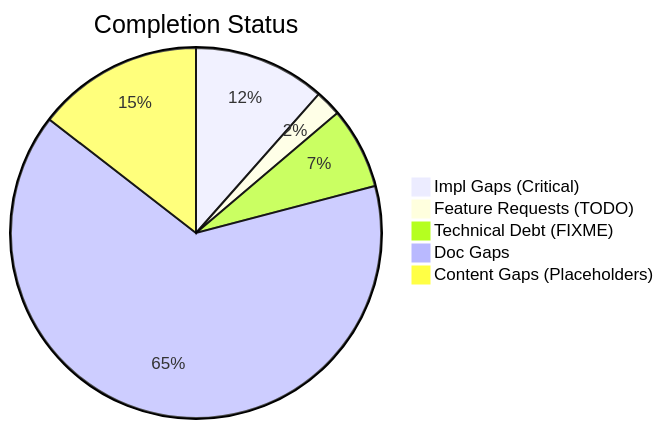
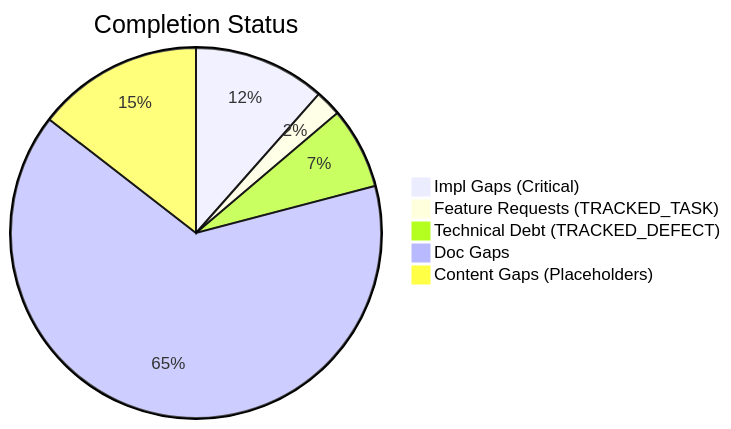
Before and after one commit to D-sorganization/AffineDrift: the first of 2 diagrams in docs/assessments/completist/Completist_Report_2026-03-08.md, drawn with Mermaid. The commit also changed other lines of this file and 28 other files, not shown here.

````diff
--- a/docs/assessments/completist/Completist_Report_2026-03-08.md
+++ b/docs/assessments/completist/Completist_Report_2026-03-08.md
@@ -12,8 +12,8 @@
 ```mermaid
 pie title Completion Status
     "Impl Gaps (Critical)" : 81
-    "Feature Requests (TODO)" : 16
-    "Technical Debt (FIXME)" : 50
+    "Feature Requests (TRACKED_TASK)" : 16
+    "Technical Debt (TRACKED_DEFECT)" : 50
     "Doc Gaps" : 454
     "Content Gaps (Placeholders)" : 102
 ```
````
